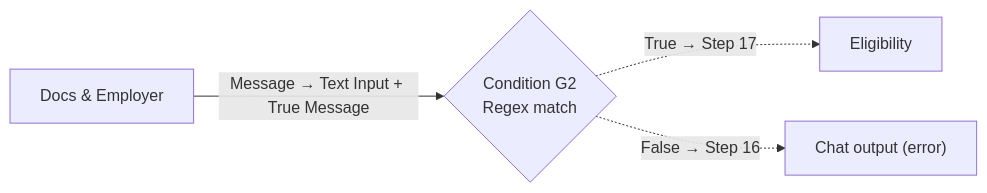
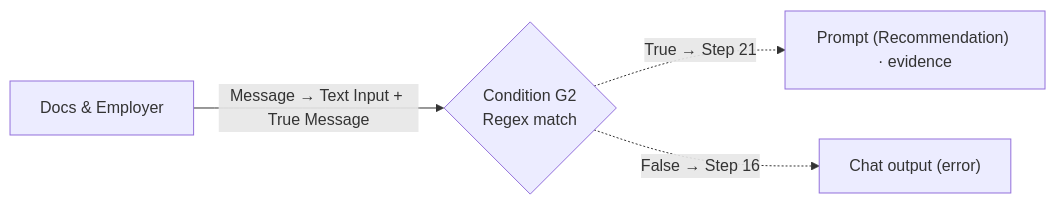
One commit to vmleon/oracle-database-private-agent-factory-poc changed diagram 16 of 20 in paf/flows/CHAT_WORKFLOW.md. Above: the diagram before and after it, drawn with Mermaid. The commit also changed other lines of this file and 4 other files, not shown here.

````diff
--- a/paf/flows/CHAT_WORKFLOW.md
+++ b/paf/flows/CHAT_WORKFLOW.md
@@ -398,6 +417,6 @@
 ```mermaid
 flowchart LR
     A["Docs & Employer"] -->|Message → Text Input + True Message| G2{"Condition G2<br/>Regex match"}
-    G2 -.->|True → Step 17| EL["Eligibility"]
+    G2 -.->|True → Step 21| RC["Prompt (Recommendation) · evidence"]
     G2 -.->|False → Step 16| OE["Chat output (error)"]
 ```
````
